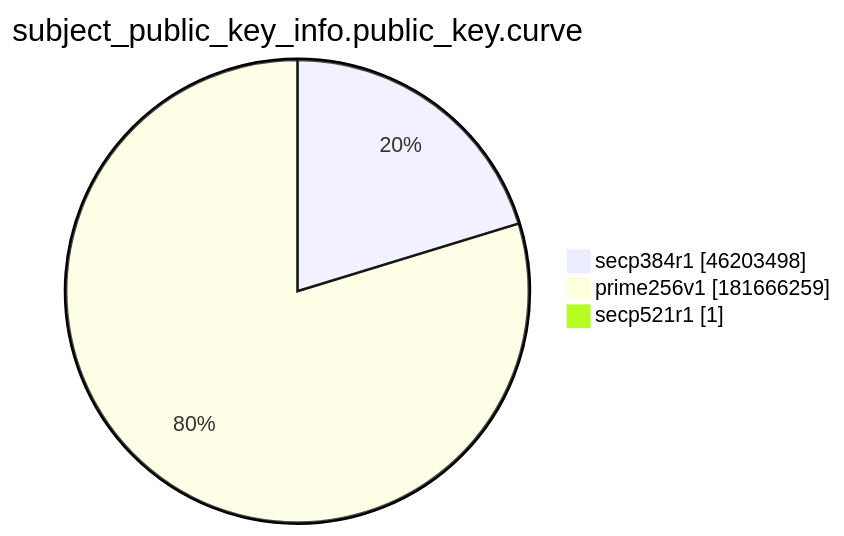
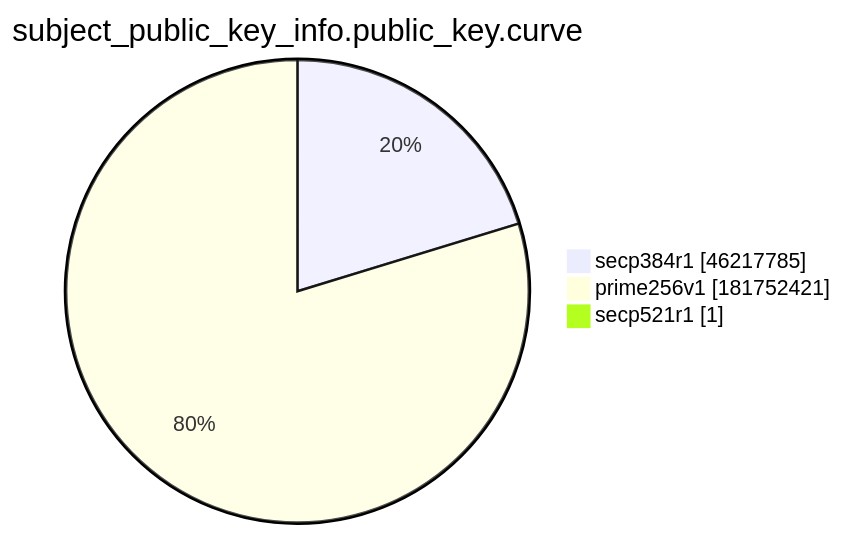
The ninth of 15 diagrams in xenon2022/README.md (christiankrug/ctmonitor_visualization), drawn with Mermaid before and after one commit. The commit also changed other lines of this file, not shown here.

````diff
--- a/xenon2022/README.md
+++ b/xenon2022/README.md
@@ -2874,7 +2874,7 @@
 ```mermaid
 pie showData
 title subject_public_key_info.public_key.curve
-"secp384r1" :46203498
-"prime256v1" :181666259
+"secp384r1" :46217785
+"prime256v1" :181752421
 "secp521r1" :1
 ```
````
